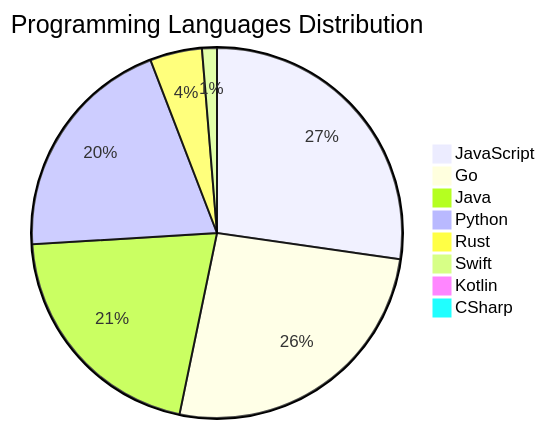
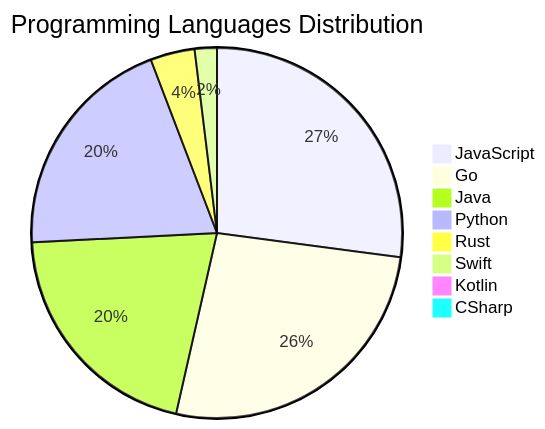
One commit to Derrick-MUGISHA/github-activity-bot changed the diagram in README.md. Above: the diagram before and after it, drawn with Mermaid. The commit also changed other lines of this file and 4 other files, not shown here.

````diff
--- a/README.md
+++ b/README.md
@@ -208,11 +208,11 @@
 ```mermaid
 pie title Programming Languages Distribution
     "JavaScript" : 42
-    "Go" : 40
+    "Go" : 41
     "Java" : 32
     "Python" : 31
-    "Rust" : 7
-    "Swift" : 2
+    "Rust" : 6
+    "Swift" : 3
     "Kotlin" : 1
     "CSharp" : 1
 ```
````
